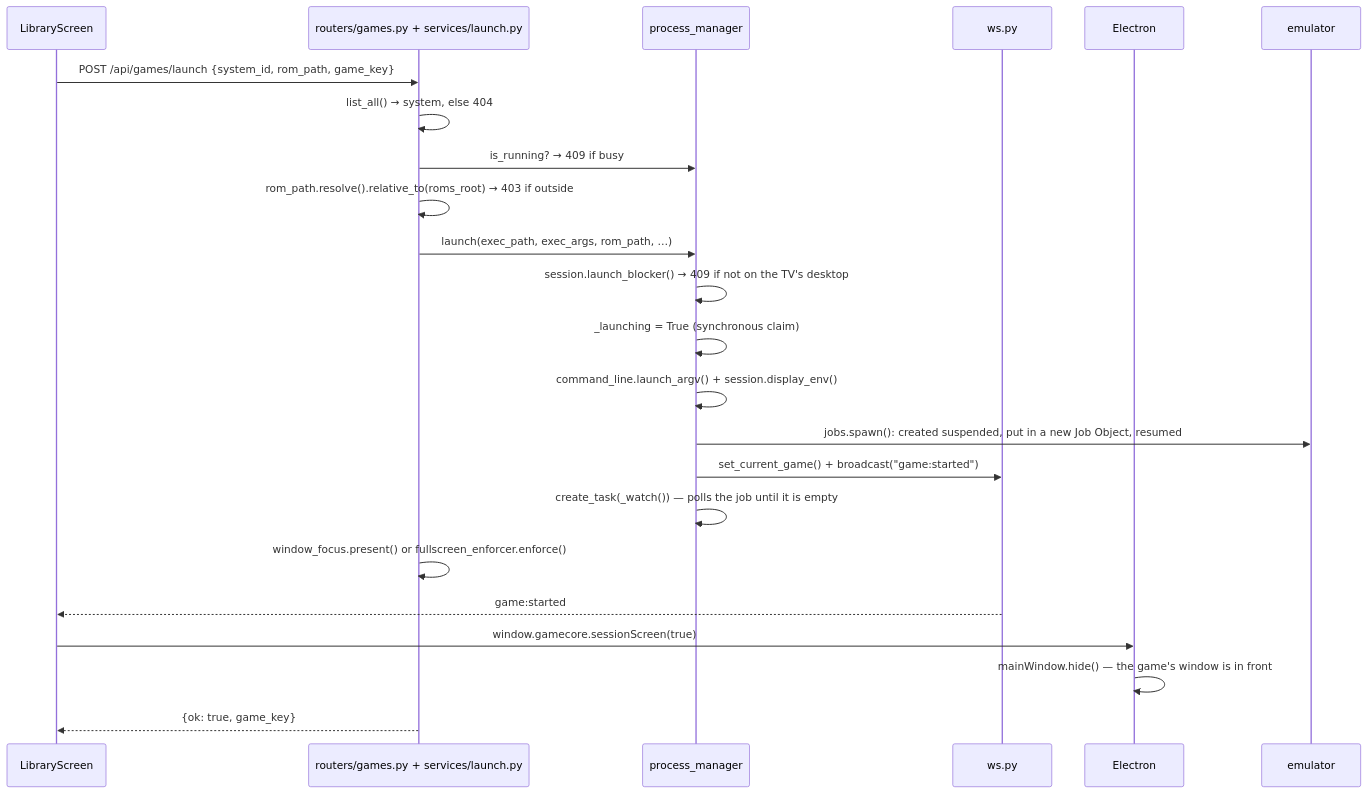
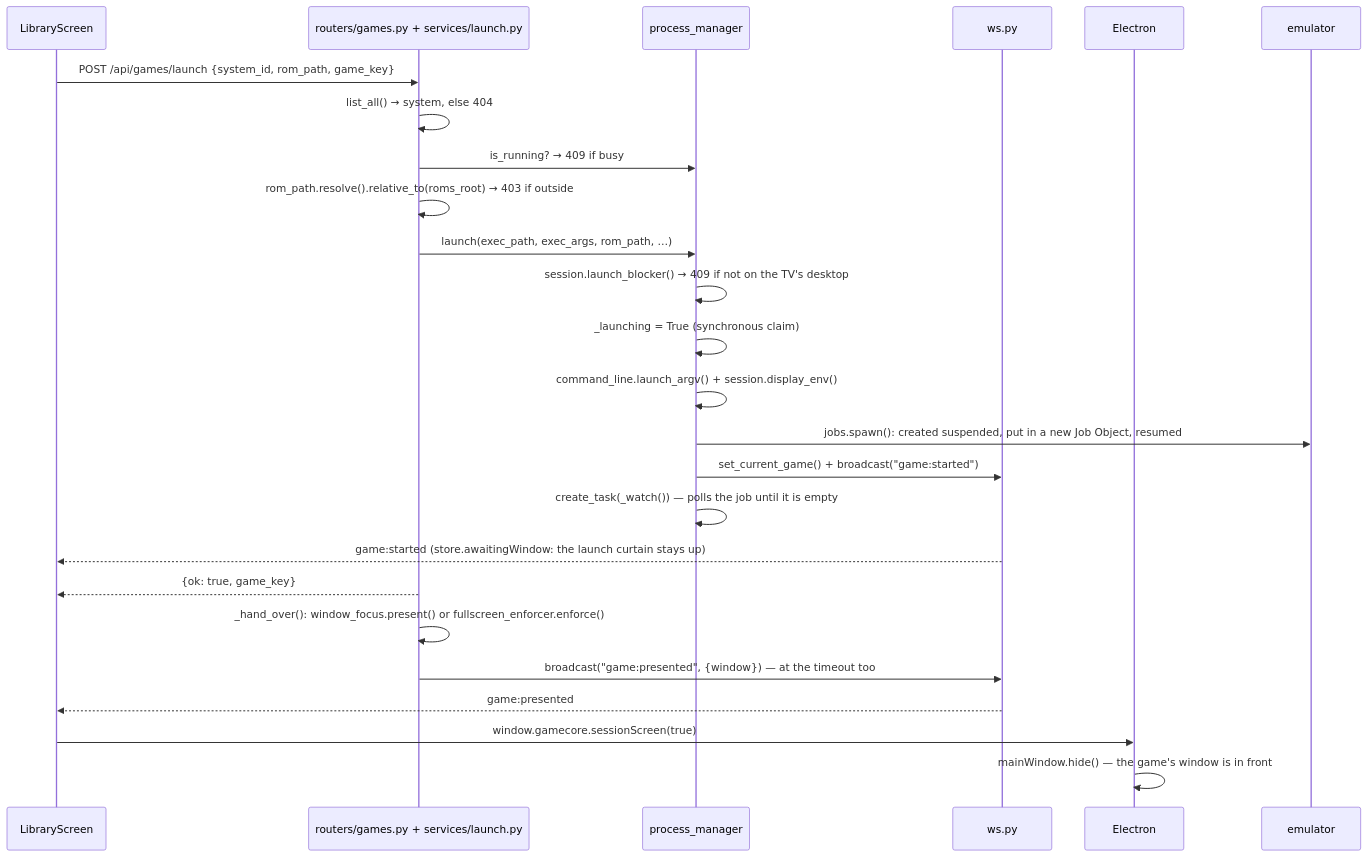
The first of 9 diagrams in docs/architecture/02-request-flows.md (p4v1c/GamecoreWindows), drawn with Mermaid before and after one commit. The commit also changed other lines of this file and 15 other files, not shown here.

````diff
--- a/docs/architecture/02-request-flows.md
+++ b/docs/architecture/02-request-flows.md
@@ -7,26 +7,28 @@
 ```mermaid
 sequenceDiagram
     participant ui as LibraryScreen
     participant r as routers/games.py + services/launch.py
     participant pm as process_manager
     participant ws as ws.py
     participant el as Electron
     participant emu as emulator
 
     ui->>r: POST /api/games/launch {system_id, rom_path, game_key}
     r->>r: list_all() → system, else 404
     r->>pm: is_running? → 409 if busy
     r->>r: rom_path.resolve().relative_to(roms_root) → 403 if outside
     r->>pm: launch(exec_path, exec_args, rom_path, …)
     pm->>pm: session.launch_blocker() → 409 if not on the TV's desktop
     pm->>pm: _launching = True (synchronous claim)
     pm->>pm: command_line.launch_argv() + session.display_env()
     pm->>emu: jobs.spawn(): created suspended, put in a new Job Object, resumed
     pm->>ws: set_current_game() + broadcast("game:started")
     pm->>pm: create_task(_watch()) — polls the job until it is empty
-    r->>r: window_focus.present() or fullscreen_enforcer.enforce()
-    ws-->>ui: game:started
+    ws-->>ui: game:started (store.awaitingWindow: the launch curtain stays up)
+    r-->>ui: {ok: true, game_key}
+    r->>r: _hand_over(): window_focus.present() or fullscreen_enforcer.enforce()
+    r->>ws: broadcast("game:presented", {window}) — at the timeout too
+    ws-->>ui: game:presented
     ui->>el: window.gamecore.sessionScreen(true)
     el->>el: mainWindow.hide() — the game's window is in front
-    r-->>ui: {ok: true, game_key}
 ```
````
